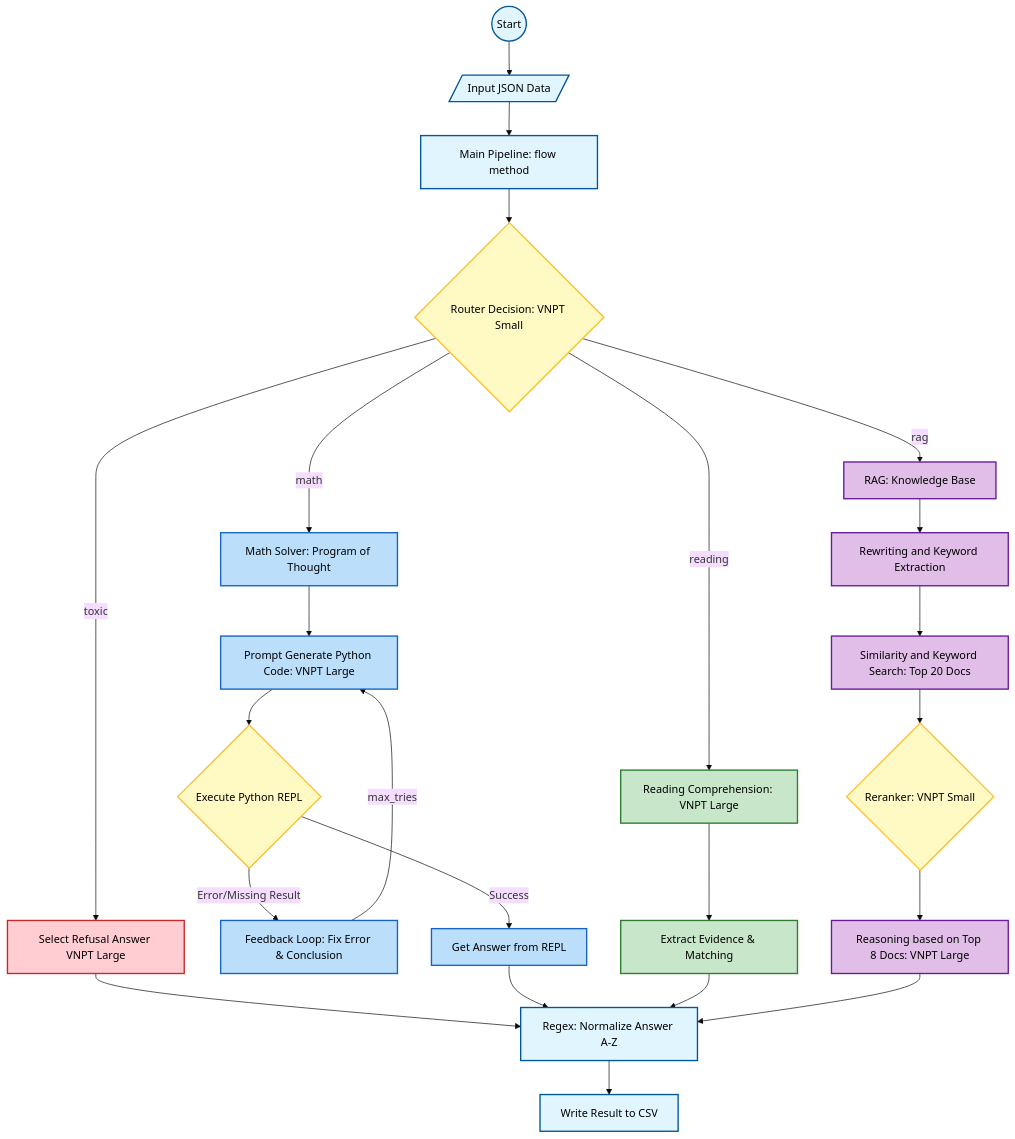
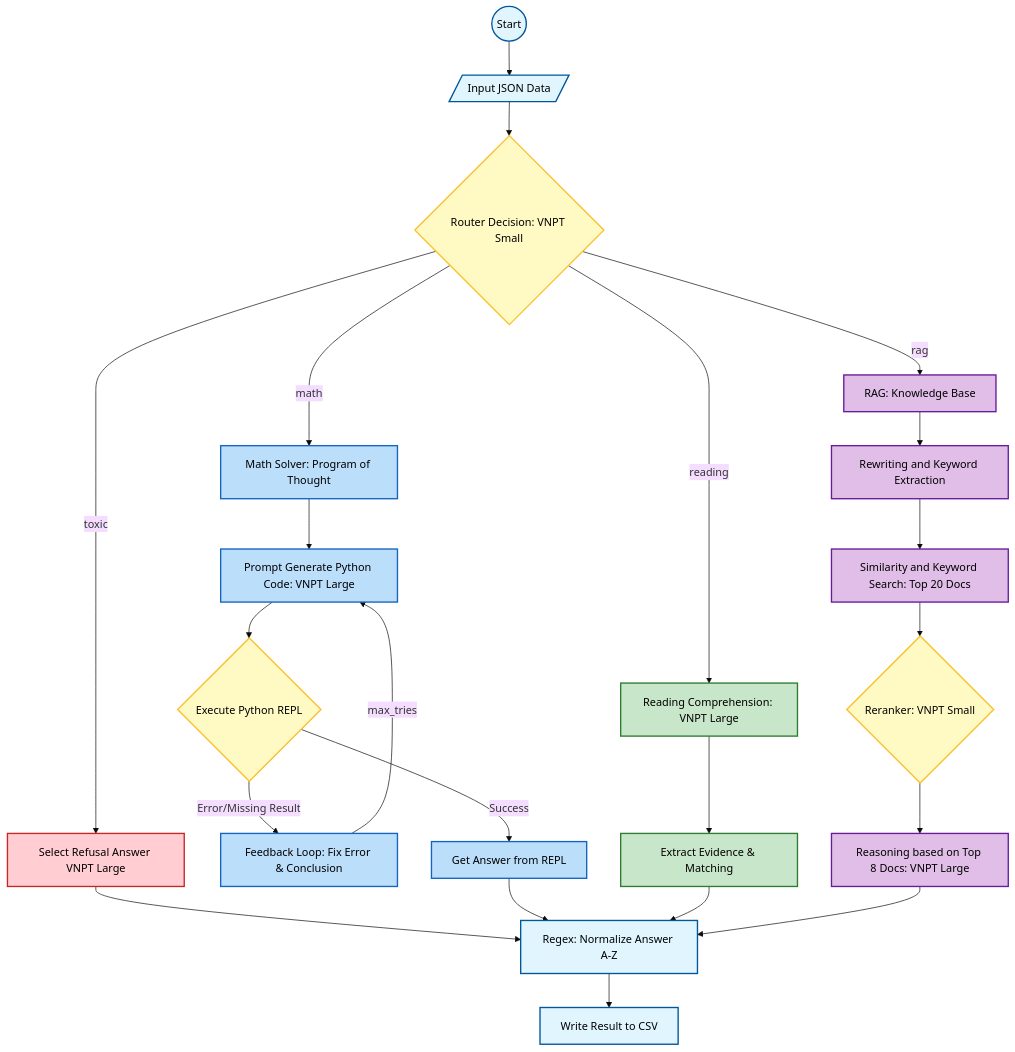
Before and after one commit to dducwsxuaan/AI-agent-QA-VNPT-Hackathon: the diagram in README.md, drawn with Mermaid (base theme). The commit also changed other lines of this file, not shown here.

Commit message:
adjust pipeline and add langgraph

````diff
--- a/README.md
+++ b/README.md
@@ -3,47 +3,47 @@
 ```mermaid
 ---
 id: 2180d7b1-ad1f-4ce6-9ab1-1b30d5558cb4
 ---
 graph TD
     Start((Start)) --> Input[/Input JSON Data/]
-    Input --> MainFlow[Main Pipeline: flow method]
+    
 
-    MainFlow --> Router{Router Decision: VNPT Small}
+    Input --> Router{Router Decision: VNPT Small}
 
     Router -- toxic --> ToxicPrompt[Select Refusal Answer VNPT Large]
     
     
     Router -- math --> MathNode[Math Solver: Program of Thought]
     MathNode --> MathPrompt[Prompt Generate Python Code: VNPT Large]
     MathPrompt --> PythonExec{Execute Python REPL}
     PythonExec -- Error/Missing Result --> FixLoop[Feedback Loop: Fix Error & Conclusion]
     FixLoop -- max_tries --> MathPrompt
     PythonExec -- Success --> MathDone[Get Answer from REPL]
 
     Router -- reading --> ReadingNode[Reading Comprehension: VNPT Large]
     ReadingNode --> Evidence[Extract Evidence & Matching]
 
     Router -- rag --> RAGNode[RAG: Knowledge Base]
     RAGNode --> Rewrite[Rewriting and Keyword Extraction]
     Rewrite --> Retrieval[Similarity and Keyword Search: Top 20 Docs]
     Retrieval --> Rerank{Reranker: VNPT Small}
     Rerank --> RAGPrompt[Reasoning based on Top 8 Docs: VNPT Large]
 
     ToxicPrompt & MathDone & Evidence & RAGPrompt --> FinalOutput[Regex: Normalize Answer A-Z]
     FinalOutput --> Export[Write Result to CSV]
 
     %% Styling
     classDef flow fill:#E1F5FE,stroke:#01579B,stroke-width:2px,color:#000;
     classDef decision fill:#FFF9C4,stroke:#FBC02D,stroke-width:2px,color:#000;
     classDef toxic fill:#FFCDD2,stroke:#C62828,stroke-width:2px,color:#000;
     classDef math fill:#BBDEFB,stroke:#1565C0,stroke-width:2px,color:#000;
     classDef reading fill:#C8E6C9,stroke:#2E7D32,stroke-width:2px,color:#000;
     classDef rag fill:#E1BEE7,stroke:#6A1B9A,stroke-width:2px,color:#000;
 
     class Start,Input,MainFlow,FinalOutput,Export flow;
     class Router,PythonExec,Rerank decision;
     class ToxicPrompt toxic;
     class MathNode,MathPrompt,FixLoop,MathDone math;
     class ReadingNode,Evidence reading;
     class RAGNode,Rewrite,Retrieval,RAGPrompt rag;
 ```
````
